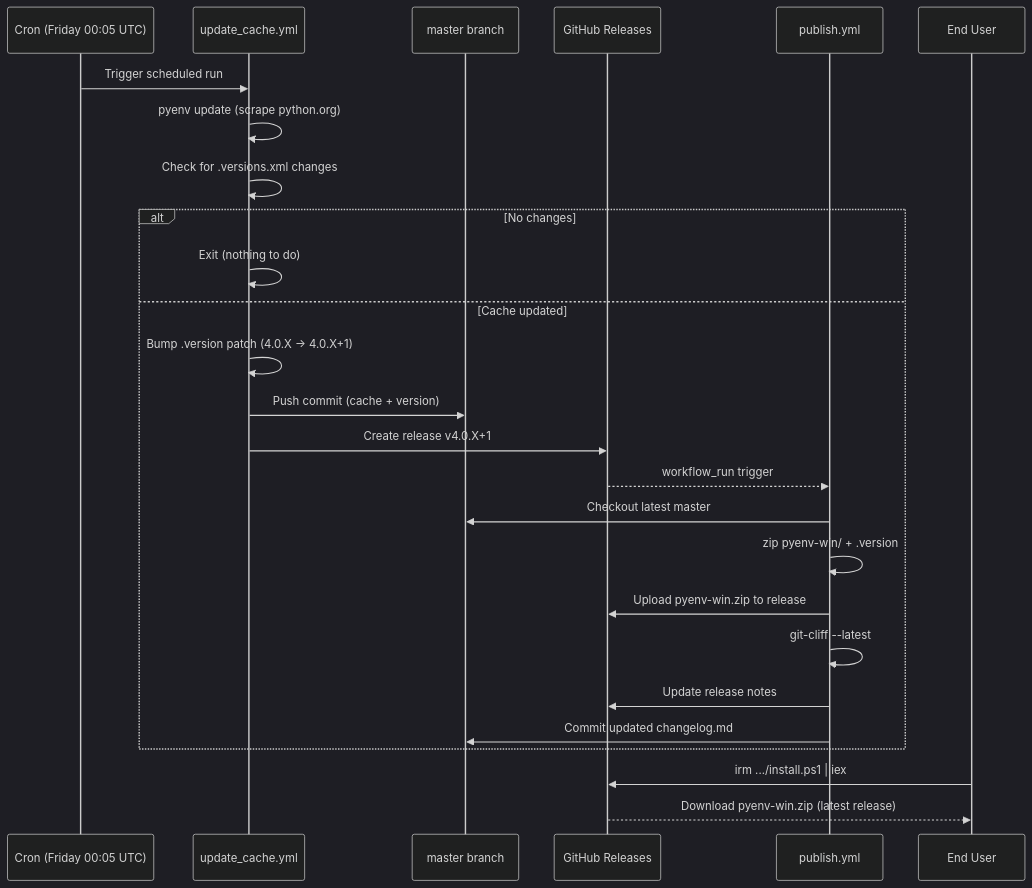
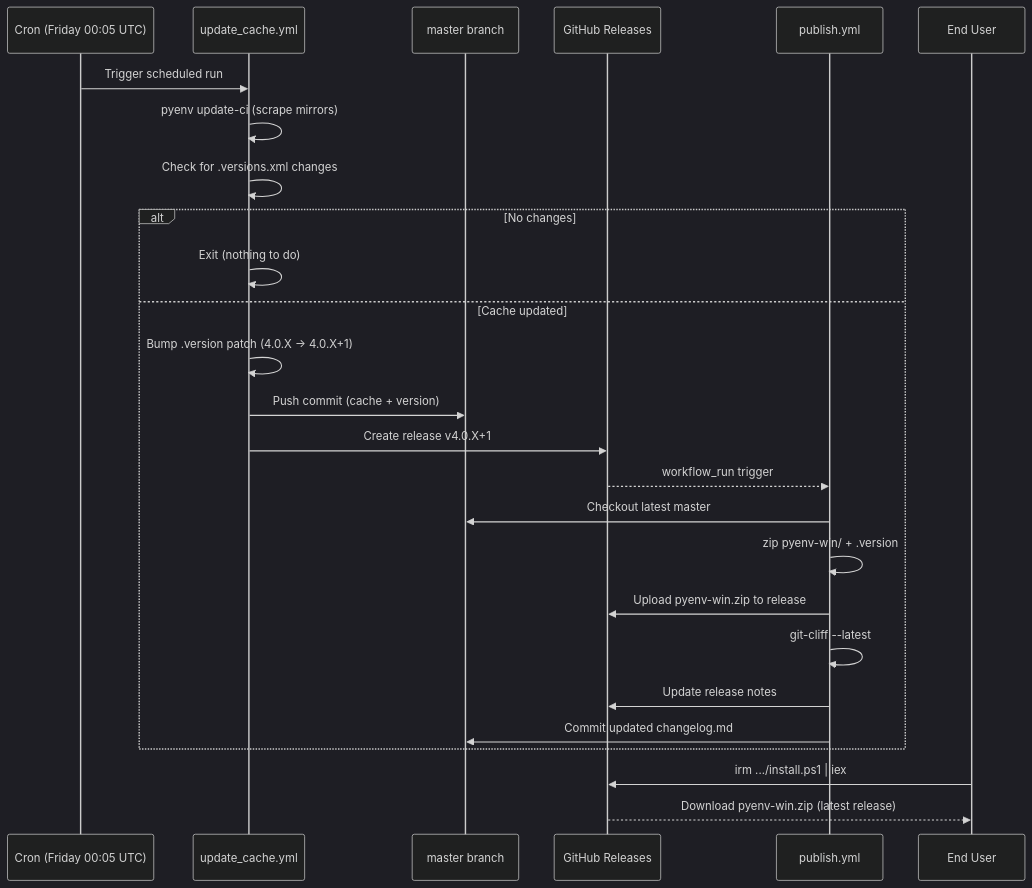
One commit to Satori-Analytics/pyenv-win changed the first of 3 diagrams in docs/ci-cd-workflows.md. Above: the diagram before and after it, drawn with Mermaid (dark theme). The commit also changed other lines of this file and 1 other file, not shown here.

````diff
--- a/docs/ci-cd-workflows.md
+++ b/docs/ci-cd-workflows.md
@@ -51,31 +51,31 @@
 ```mermaid
 sequenceDiagram
     participant Cron as Cron (Friday 00:05 UTC)
     participant UC as update_cache.yml
     participant Master as master branch
     participant GH as GitHub Releases
     participant Pub as publish.yml
     participant User as End User
 
     Cron->>UC: Trigger scheduled run
-    UC->>UC: pyenv update (scrape python.org)
+    UC->>UC: pyenv update-ci (scrape mirrors)
     UC->>UC: Check for .versions.xml changes
 
     alt No changes
         UC->>UC: Exit (nothing to do)
     else Cache updated
         UC->>UC: Bump .version patch (4.0.X → 4.0.X+1)
         UC->>Master: Push commit (cache + version)
         UC->>GH: Create release v4.0.X+1
         GH-->>Pub: workflow_run trigger
         Pub->>Master: Checkout latest master
         Pub->>Pub: zip pyenv-win/ + .version
         Pub->>GH: Upload pyenv-win.zip to release
         Pub->>Pub: git-cliff --latest
         Pub->>GH: Update release notes
         Pub->>Master: Commit updated changelog.md
     end
 
     User->>GH: irm .../install.ps1 | iex
     GH-->>User: Download pyenv-win.zip (latest release)
 ```
````
